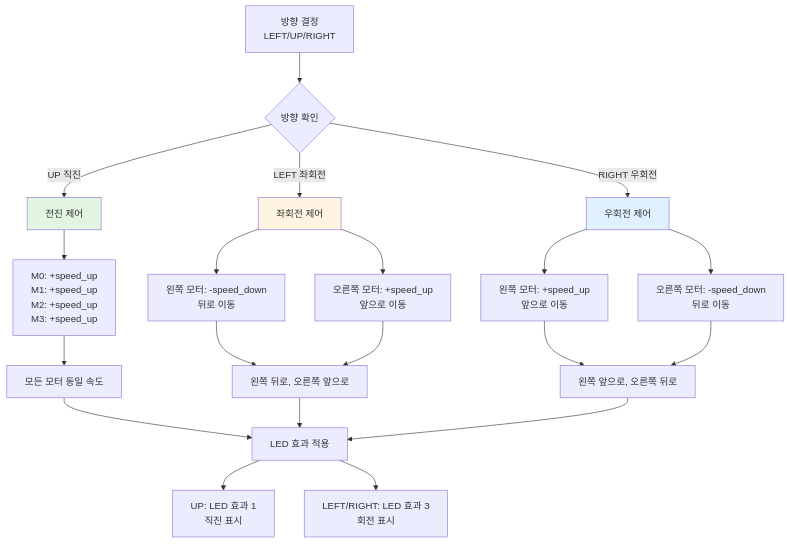
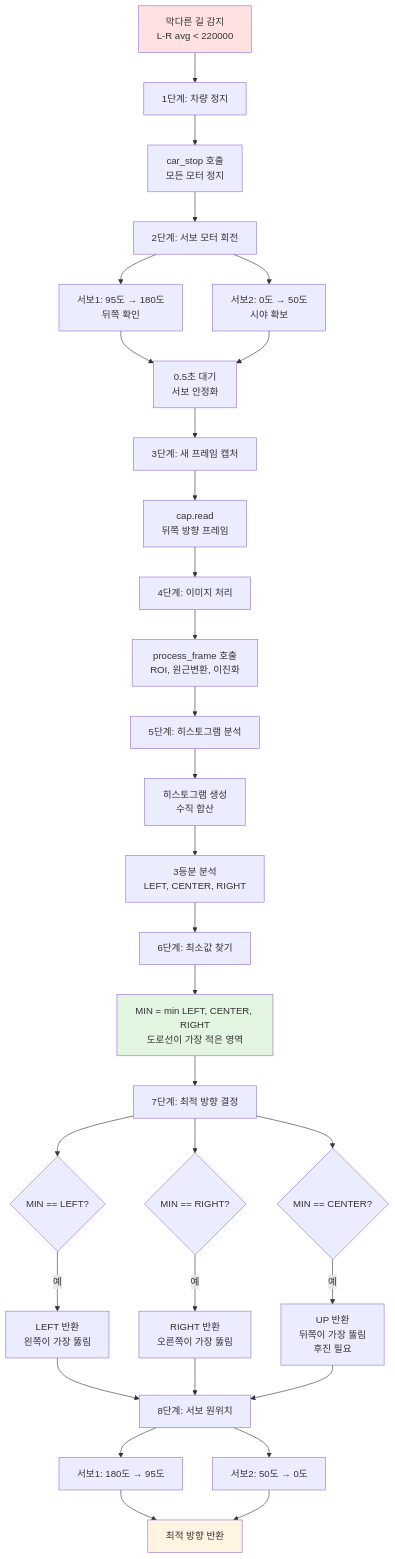
One commit to Collegenie-X/Raspbot-v2-self-driving-car changed the tenth of 12 diagrams in 03_self_driving/AUTOPLOT_SYSTEM_ANALYSIS.md. Above: the diagram before and after it, drawn with Mermaid. The commit also changed other lines of this file and 5 other files, not shown here.

````diff
--- a/03_self_driving/AUTOPLOT_SYSTEM_ANALYSIS.md
+++ b/03_self_driving/AUTOPLOT_SYSTEM_ANALYSIS.md
@@ -990,31 +715,46 @@
 ```mermaid
 flowchart TD
-    A[방향 결정<br/>LEFT/UP/RIGHT] --> B{방향 확인}
+    A[막다른 길 감지<br/>L-R avg < 220000] --> B[1단계: 차량 정지]
+    B --> B1[car_stop 호출<br/>모든 모터 정지]
+    B1 --> C[2단계: 서보 모터 회전]
     
-    B -->|UP 직진| C[전진 제어]
-    C --> C1[M0: +speed_up<br/>M1: +speed_up<br/>M2: +speed_up<br/>M3: +speed_up]
-    C1 --> D[모든 모터 동일 속도]
+    C --> C1[서보1: 95도 → 180도<br/>뒤쪽 확인]
+    C --> C2[서보2: 0도 → 50도<br/>시야 확보]
+    C1 --> D[0.5초 대기<br/>서보 안정화]
+    C2 --> D
     
-    B -->|LEFT 좌회전| E[좌회전 제어]
-    E --> E1[왼쪽 모터: -speed_down<br/>뒤로 이동]
-    E --> E2[오른쪽 모터: +speed_up<br/>앞으로 이동]
-    E1 --> F[왼쪽 뒤로, 오른쪽 앞으로]
-    E2 --> F
+    D --> E[3단계: 새 프레임 캡처]
+    E --> E1[cap.read<br/>뒤쪽 방향 프레임]
+    E1 --> F[4단계: 이미지 처리]
     
-    B -->|RIGHT 우회전| G[우회전 제어]
-    G --> G1[왼쪽 모터: +speed_up<br/>앞으로 이동]
-    G --> G2[오른쪽 모터: -speed_down<br/>뒤로 이동]
-    G1 --> H[왼쪽 앞으로, 오른쪽 뒤로]
-    G2 --> H
+    F --> F1[process_frame 호출<br/>ROI, 원근변환, 이진화]
+    F1 --> G[5단계: 히스토그램 분석]
     
-    D --> I[LED 효과 적용]
-    F --> I
-    H --> I
+    G --> G1[히스토그램 생성<br/>수직 합산]
+    G1 --> G2[3등분 분석<br/>LEFT, CENTER, RIGHT]
+    G2 --> H[6단계: 최소값 찾기]
     
-    I --> I1[UP: LED 효과 1<br/>직진 표시]
-    I --> I2[LEFT/RIGHT: LED 효과 3<br/>회전 표시]
+    H --> H1[MIN = min LEFT, CENTER, RIGHT<br/>도로선이 가장 적은 영역]
+    H1 --> I[7단계: 최적 방향 결정]
     
-    style C fill:#e1f5e1
-    style E fill:#fff4e1
-    style G fill:#e1f0ff
+    I --> I1{MIN == LEFT?}
+    I --> I2{MIN == RIGHT?}
+    I --> I3{MIN == CENTER?}
+    
+    I1 -->|예| J1[LEFT 반환<br/>왼쪽이 가장 뚫림]
+    I2 -->|예| J2[RIGHT 반환<br/>오른쪽이 가장 뚫림]
+    I3 -->|예| J3[UP 반환<br/>뒤쪽이 가장 뚫림<br/>후진 필요]
+    
+    J1 --> K[8단계: 서보 원위치]
+    J2 --> K
+    J3 --> K
+    
+    K --> K1[서보1: 180도 → 95도]
+    K --> K2[서보2: 50도 → 0도]
+    K1 --> L[최적 방향 반환]
+    K2 --> L
+    
+    style A fill:#ffe1e1
+    style H1 fill:#e1f5e1
+    style L fill:#fff4e1
 ```
````
